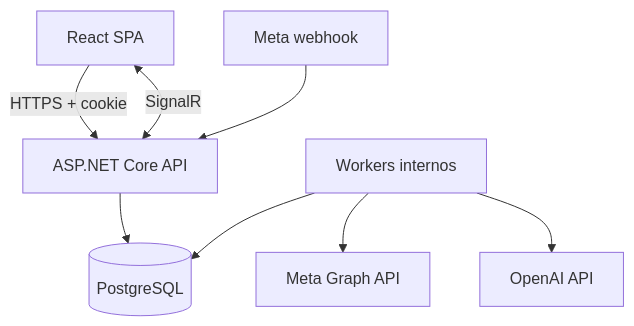
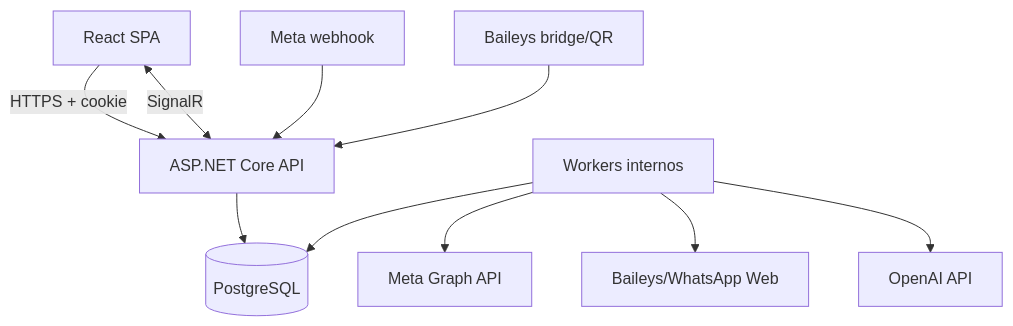
One commit to MelqueLord/WhatsAppAI changed the second of 4 diagrams in docs/architecture/architecture.md. Above: the diagram before and after it, drawn with Mermaid. The commit also changed other lines of this file and 35 other files, not shown here.

````diff
--- a/docs/architecture/architecture.md
+++ b/docs/architecture/architecture.md
@@ -18,10 +20,12 @@
 ```mermaid
 flowchart TB
   Web[React SPA] -->|HTTPS + cookie| API[ASP.NET Core API]
   Web <-->|SignalR| API
   Meta[Meta webhook] --> API
+  QR[Baileys bridge/QR] --> API
   API --> DB[(PostgreSQL)]
   Worker[Workers internos] --> DB
   Worker --> MetaAPI[Meta Graph API]
+  Worker --> Baileys[Baileys/WhatsApp Web]
   Worker --> AIAPI[OpenAI API]
 ```
````
